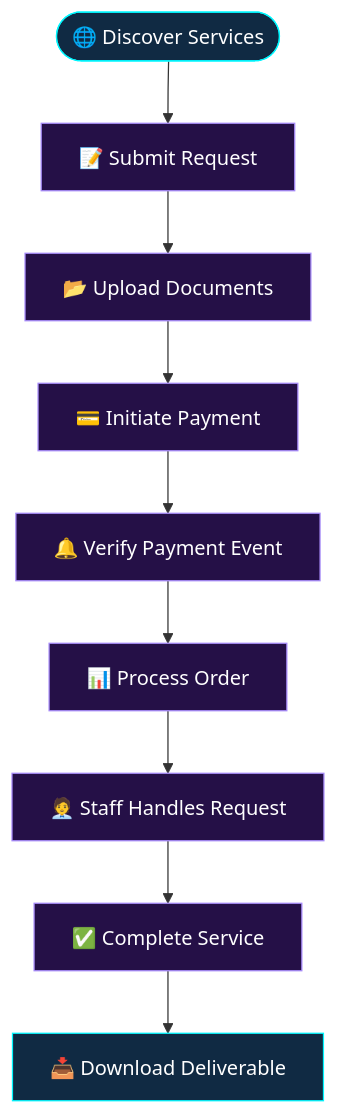
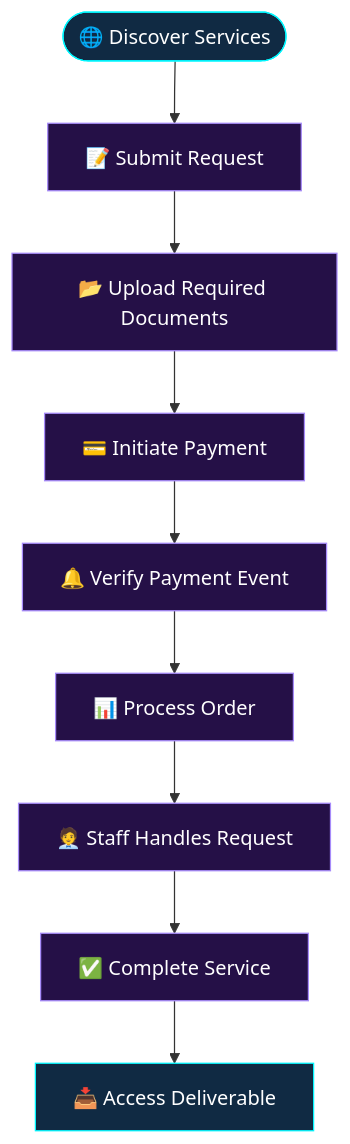
The first of 3 diagrams in README.md (johncharlessarwi-dot/john-online-services-1111111111), drawn with Mermaid before and after one commit. The commit also changed other lines of this file, not shown here.

````diff
--- a/README.md
+++ b/README.md
@@ -169,18 +194,18 @@
 ```mermaid
 flowchart TD
     A(["🌐 Discover Services"]) --> B["📝 Submit Request"]
-    B --> C["📂 Upload Documents"]
+    B --> C["📂 Upload Required Documents"]
     C --> D["💳 Initiate Payment"]
     D --> E["🔔 Verify Payment Event"]
     E --> F["📊 Process Order"]
     F --> G["🧑‍💼 Staff Handles Request"]
     G --> H["✅ Complete Service"]
-    H --> I["📥 Download Deliverable"]
+    H --> I["📥 Access Deliverable"]
 
     classDef start fill:#102A43,stroke:#00F7FF,color:#FFFFFF
     classDef process fill:#251047,stroke:#A78BFA,color:#FFFFFF
     classDef finish fill:#064E3B,stroke:#34D399,color:#FFFFFF
 
     class A,I start
     class B,C,D,E,F,G,H process
 ```
````
